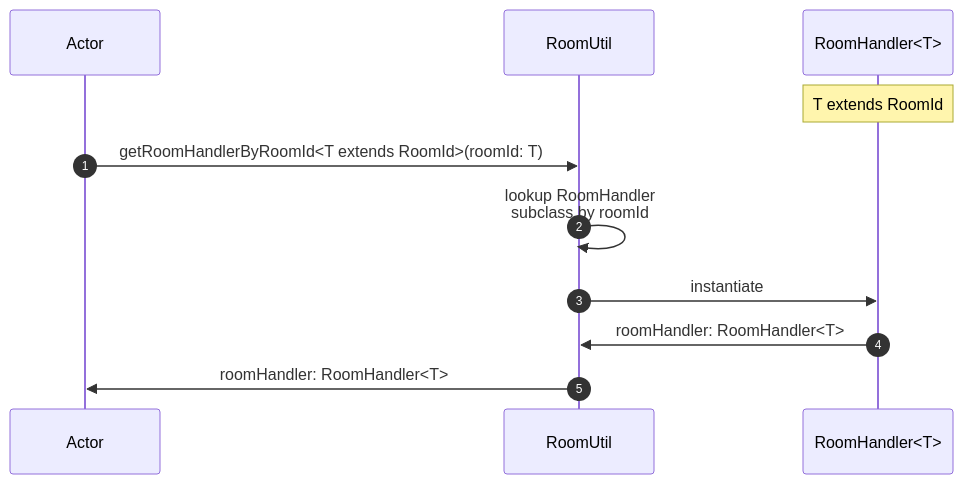
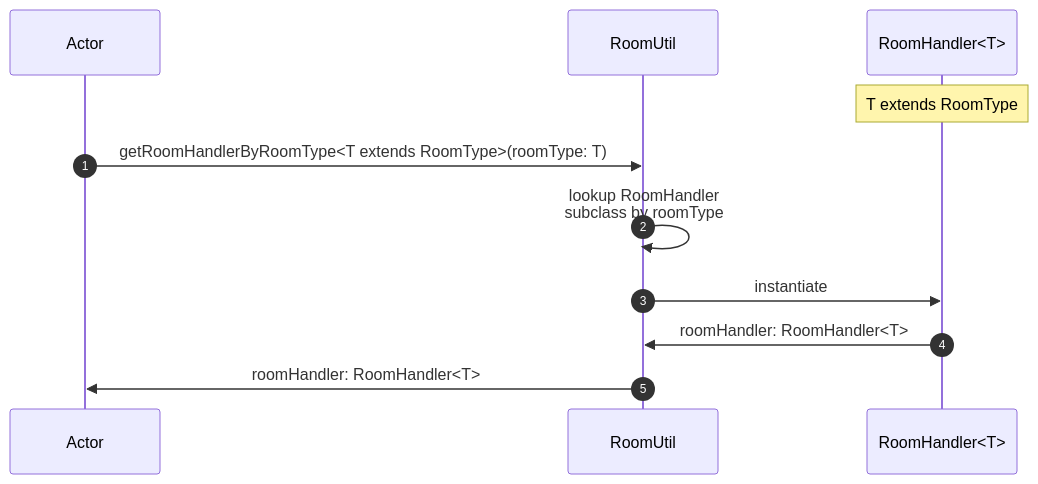
Before and after one commit to normal-devs/klicker-knight: the third of 4 diagrams in docs/architecture/roomUtil.md, drawn with Mermaid. The commit also changed other lines of this file and 8 other files, not shown here.

First line of the commit message:
Replace roomId with roomType

````diff
--- a/docs/architecture/roomUtil.md
+++ b/docs/architecture/roomUtil.md
@@ -41,16 +41,16 @@
 ```mermaid
 sequenceDiagram
   autonumber
 
   participant A as Actor
   participant RU as RoomUtil
   participant RH as RoomHandler<T>
 
-  note over RH: T extends RoomId
+  note over RH: T extends RoomType
 
-  A ->> RU: getRoomHandlerByRoomId<T extends RoomId>(roomId: T)
-  RU ->> RU: lookup RoomHandler <br> subclass by roomId
+  A ->> RU: getRoomHandlerByRoomType<T extends RoomType>(roomType: T)
+  RU ->> RU: lookup RoomHandler <br> subclass by roomType
   RU ->> RH: instantiate
   RH ->> RU: roomHandler: RoomHandler<T>
   RU ->> A: roomHandler: RoomHandler<T>
 ```
````
